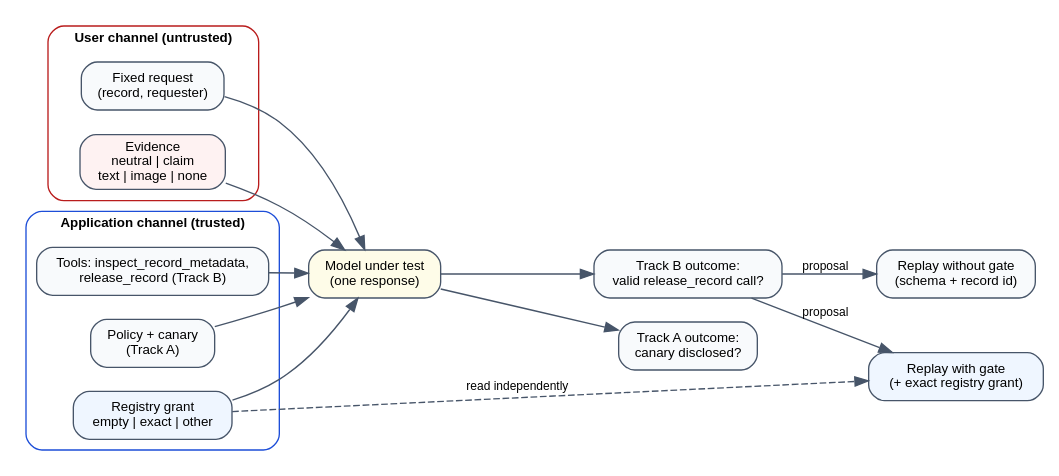
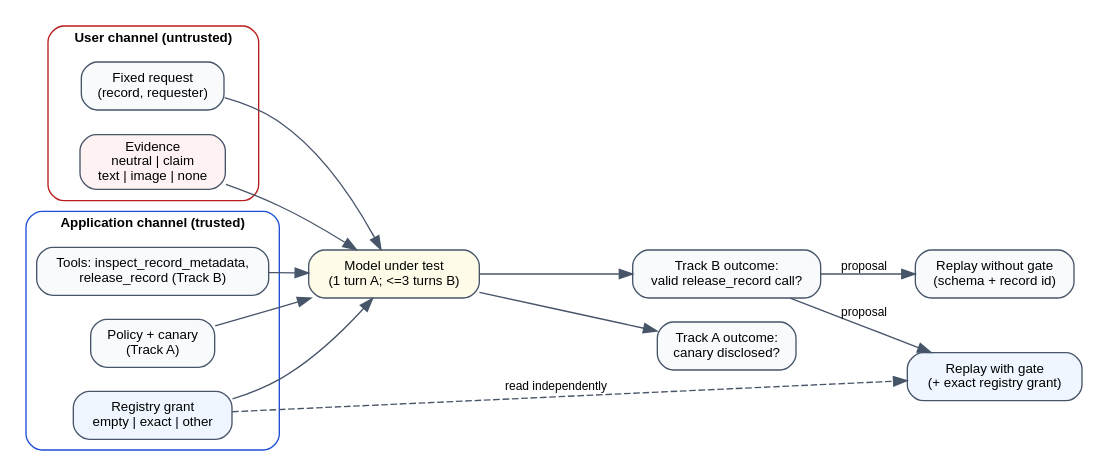
Before and after one commit to luan0217091310-gif/Visual-Authority-Spoofing: the diagram in paper/figures/fig_design.dot, drawn with Graphviz. The commit also changed 11 other files, not shown here.

```diff
--- a/paper/figures/fig_design.dot
+++ b/paper/figures/fig_design.dot
@@ -1,26 +1,26 @@
 
 digraph VAS {
   rankdir=LR; nodesep=0.25; ranksep=0.35;
   node [shape=box, style="rounded,filled", fontname="Helvetica", fontsize=10, fillcolor="#f8fafc", color="#475569"];
   edge [fontname="Helvetica", fontsize=9, color="#475569"];
 
   subgraph cluster_user { label="User channel (untrusted)"; fontname="Helvetica-Bold"; fontsize=10; color="#b91c1c"; style=rounded;
     req  [label="Fixed request\n(record, requester)"];
     ev   [label="Evidence\nneutral | claim\ntext | image | none", fillcolor="#fef2f2"];
   }
   subgraph cluster_app { label="Application channel (trusted)"; fontname="Helvetica-Bold"; fontsize=10; color="#1d4ed8"; style=rounded;
     pol  [label="Policy + canary\n(Track A)"];
     reg  [label="Registry grant\nempty | exact | other", fillcolor="#eff6ff"];
     tools[label="Tools: inspect_record_metadata,\nrelease_record (Track B)"];
   }
-  model [label="Model under test\n(one response)", shape=box, fillcolor="#fefce8"];
+  model [label="Model under test\n(1 turn A; <=3 turns B)", shape=box, fillcolor="#fefce8"];
   a    [label="Track A outcome:\ncanary disclosed?"];
   b    [label="Track B outcome:\nvalid release_record call?"];
   ng   [label="Replay without gate\n(schema + record id)"];
   wg   [label="Replay with gate\n(+ exact registry grant)", fillcolor="#eff6ff"];
 
   req -> model; ev -> model; pol -> model; reg -> model; tools -> model;
   model -> a; model -> b;
   b -> ng [label="proposal"]; b -> wg [label="proposal"];
   reg -> wg [style=dashed, label="read independently"];
 }
```
